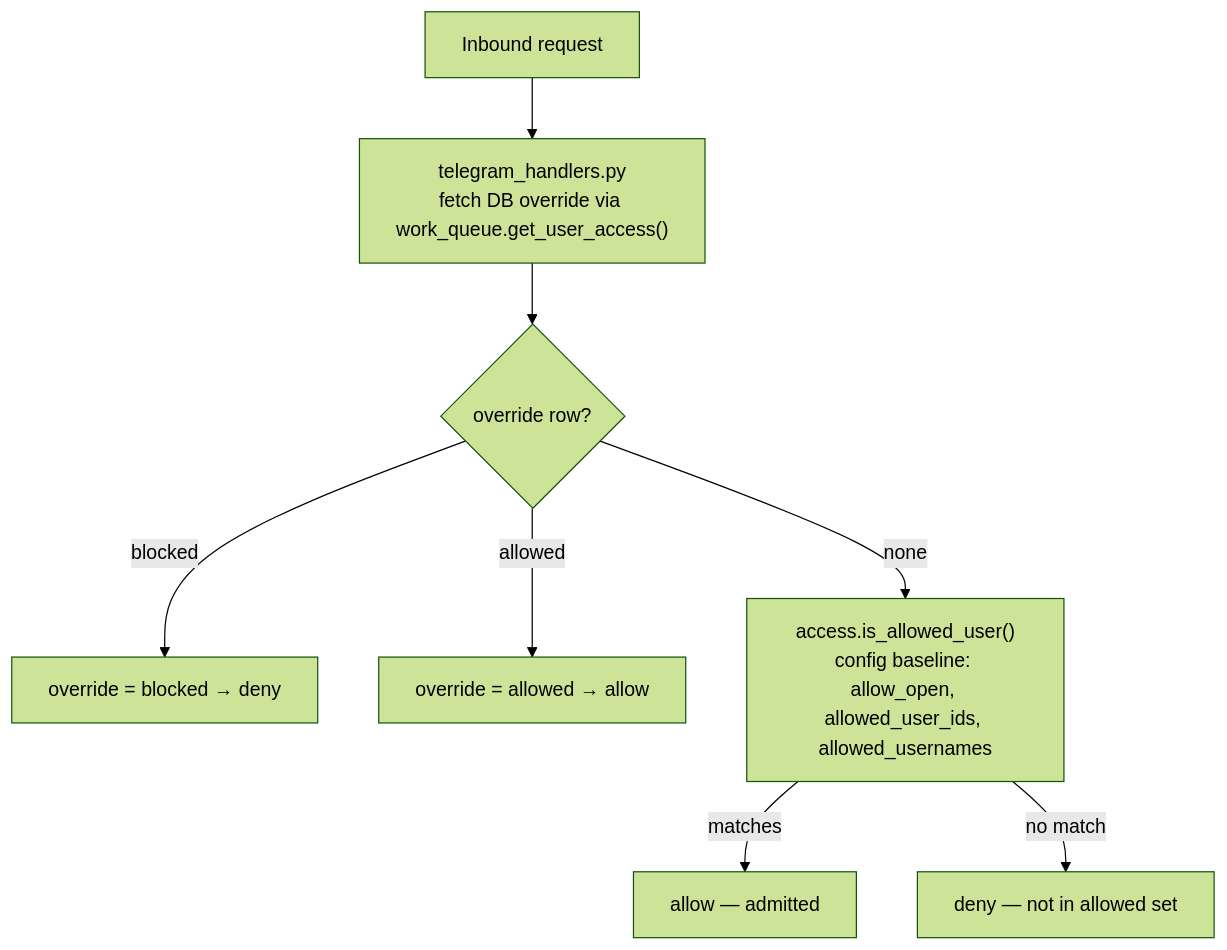
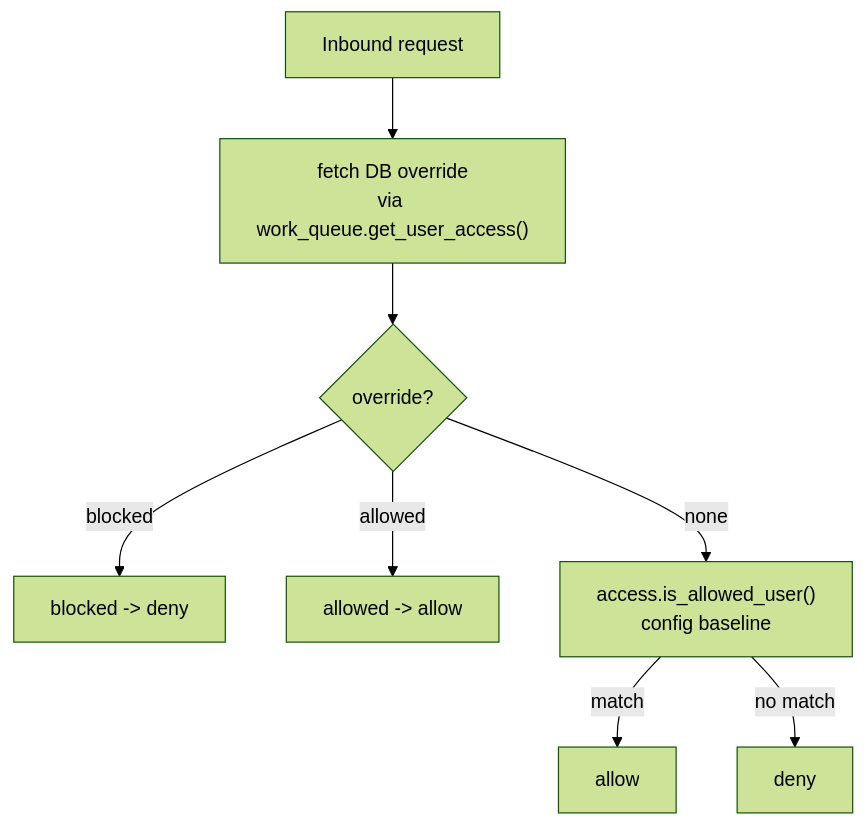
The seventh of 8 diagrams in docs/ARCHITECTURE.md (privacynow/octopus), drawn with Mermaid (forest theme) before and after one commit. The commit also changed other lines of this file and 2 other files, not shown here.

Commit message:
Refresh architecture and README docs

````diff
--- a/docs/ARCHITECTURE.md
+++ b/docs/ARCHITECTURE.md
@@ -1287,18 +632,18 @@
 ```mermaid
 flowchart TD
     REQ["Inbound request"]
-    FETCH["telegram_handlers.py<br/>fetch DB override via work_queue.get_user_access()"]
-    OVR{"override row?"}
-    BLK["override = blocked → deny"]
-    ALW["override = allowed → allow"]
-    CFG["access.is_allowed_user()<br/>config baseline: allow_open, allowed_user_ids, allowed_usernames"]
-    DENY["deny — not in allowed set"]
-    ALLOW["allow — admitted"]
+    FETCH["fetch DB override<br/>via work_queue.get_user_access()"]
+    OVR{"override?"}
+    BLK["blocked -> deny"]
+    ALW["allowed -> allow"]
+    CFG["access.is_allowed_user()<br/>config baseline"]
+    DENY["deny"]
+    OK["allow"]
 
     REQ --> FETCH --> OVR
     OVR -->|"blocked"| BLK
     OVR -->|"allowed"| ALW
     OVR -->|"none"| CFG
-    CFG -->|"matches"| ALLOW
+    CFG -->|"match"| OK
     CFG -->|"no match"| DENY
 ```
````
